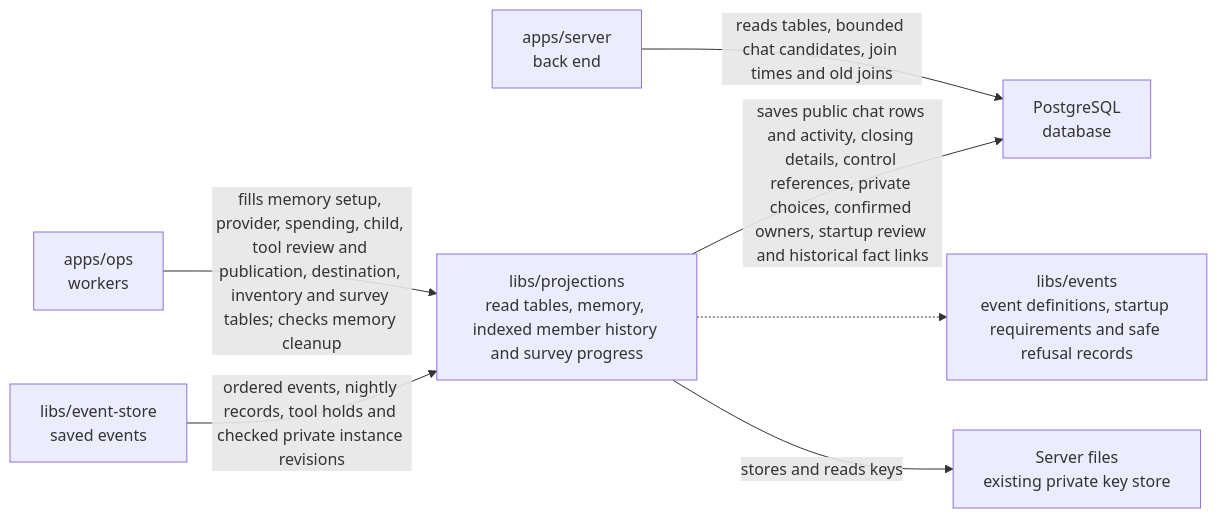
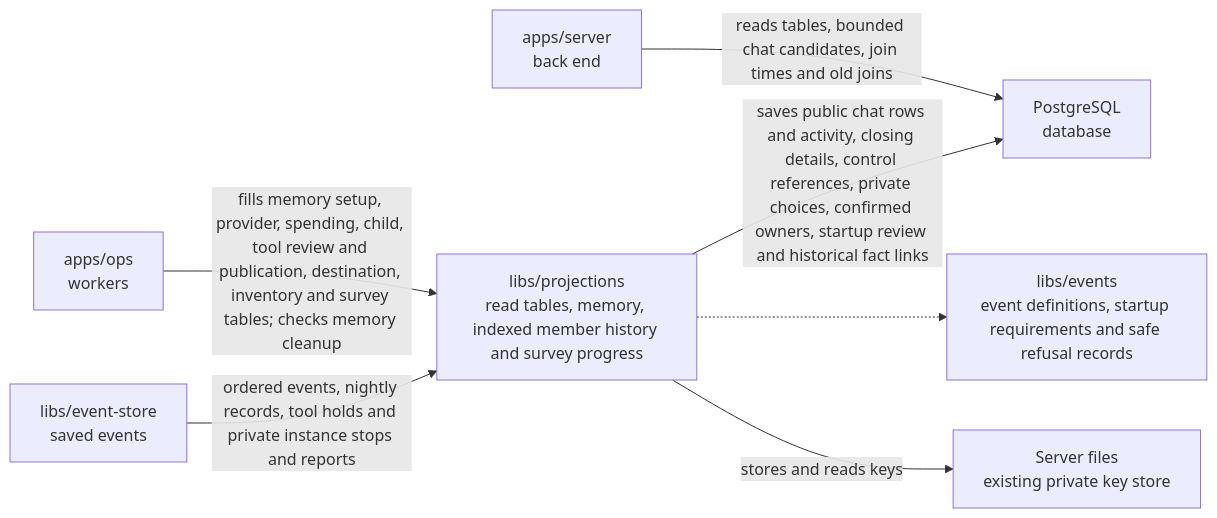
Before and after one commit to elewa-git/opencrane-new: the diagram in libs/projections/README.md, drawn with Mermaid. The commit also changed other lines of this file and 16 other files, not shown here.

````diff
--- a/libs/projections/README.md
+++ b/libs/projections/README.md
@@ -23,9 +23,9 @@
 ```mermaid
 flowchart LR
   ops["apps/ops<br/>workers"] -->|fills memory setup, provider, spending, child, tool review and publication, destination, inventory and survey tables; checks memory cleanup| projections["libs/projections<br/>read tables, memory, indexed member history and survey progress"]
   server["apps/server<br/>back end"] -->|reads tables, bounded chat candidates, join times and old joins| pg["PostgreSQL<br/>database"]
   projections -->|saves public chat rows and activity, closing details, control references, private choices, confirmed owners, startup review and historical fact links| pg
-  store["libs/event-store<br/>saved events"] -->|ordered events, nightly records, tool holds and checked private instance revisions| projections
+  store["libs/event-store<br/>saved events"] -->|ordered events, nightly records, tool holds and private instance stops and reports| projections
   projections -.-> events["libs/events<br/>event definitions, startup requirements and safe refusal records"]
   projections -->|stores and reads keys| keys["Server files<br/>existing private key store"]
 ```
````
